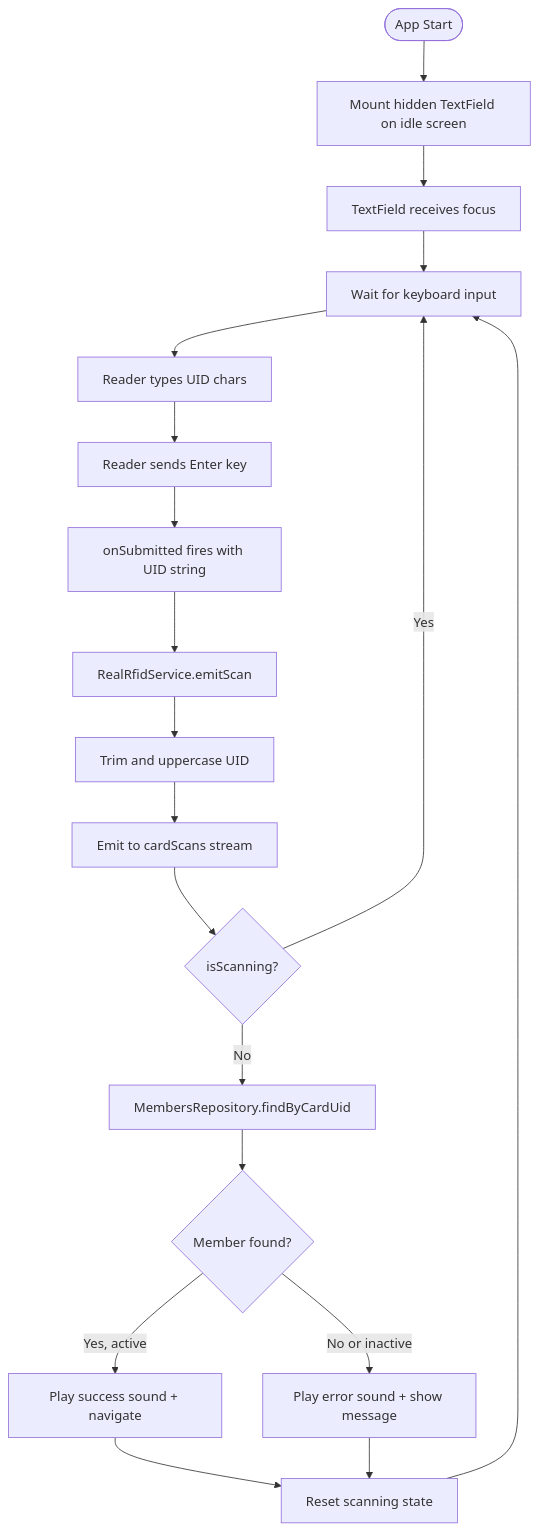
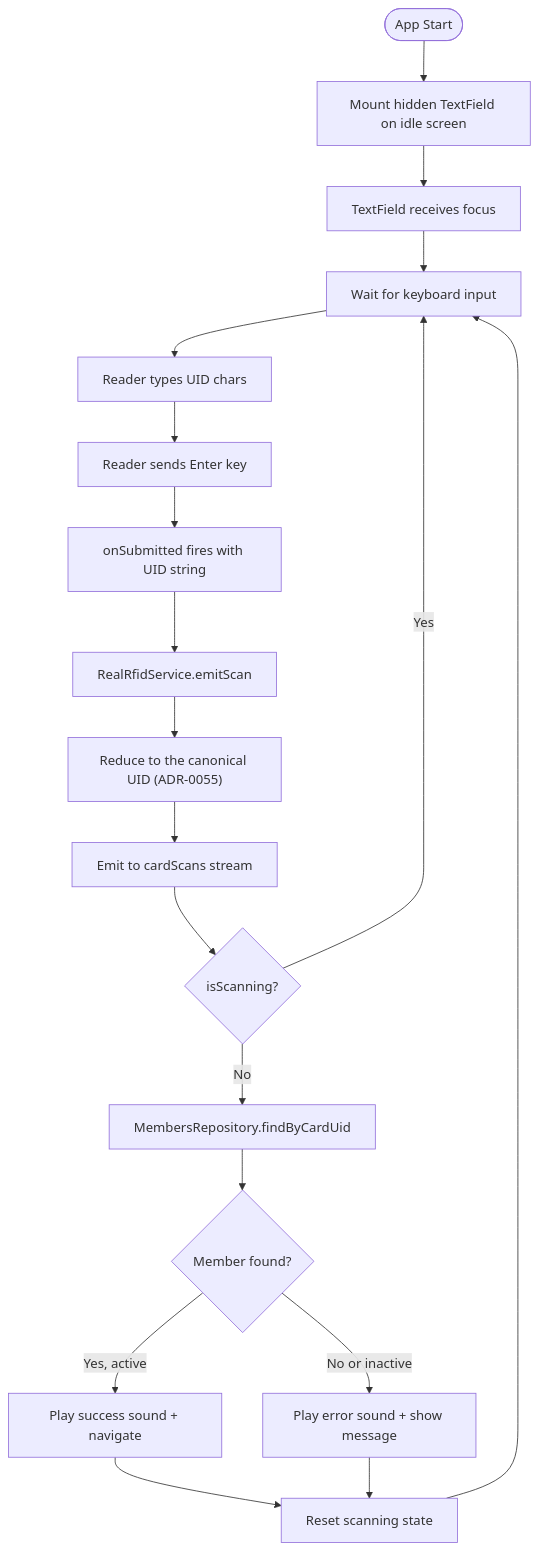
The second of 2 diagrams in adr/0014-rfid-scanning-integration.md (dgloeckner/clubbar), drawn with Mermaid before and after one commit. The commit also changed other lines of this file and 36 other files, not shown here.

First line of the commit message:
Harden RFID detection: one canonical spelling per card UID (ADR-0055) (#860)

````diff
--- a/adr/0014-rfid-scanning-integration.md
+++ b/adr/0014-rfid-scanning-integration.md
@@ -111,26 +123,26 @@
 ```mermaid
 flowchart TD
     Start([App Start]) --> Mount[Mount hidden TextField on idle screen]
     Mount --> Focus[TextField receives focus]
     Focus --> Wait[Wait for keyboard input]
 
     Wait --> Keystroke[Reader types UID chars]
     Keystroke --> Enter[Reader sends Enter key]
     Enter --> Submit[onSubmitted fires with UID string]
 
     Submit --> Emit[RealRfidService.emitScan]
-    Emit --> Normalize[Trim and uppercase UID]
+    Emit --> Normalize["Reduce to the canonical UID (ADR-0055)"]
     Normalize --> Stream[Emit to cardScans stream]
 
     Stream --> Scanning{isScanning?}
     Scanning -->|Yes| Wait
     Scanning -->|No| Lookup[MembersRepository.findByCardUid]
 
     Lookup --> Found{Member found?}
     Found -->|Yes, active| Success[Play success sound + navigate]
     Found -->|No or inactive| Error[Play error sound + show message]
 
     Success --> Reset[Reset scanning state]
     Error --> Reset
     Reset --> Wait
 ```
````
